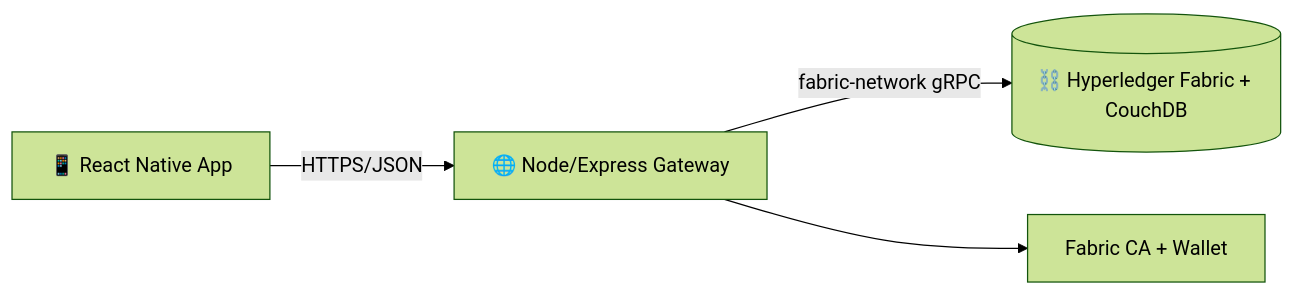
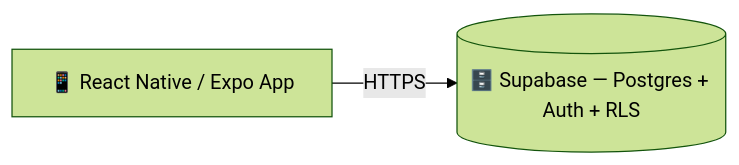
One commit to saqibutm/Agro-Chain-NRPU changed the first of 2 diagrams in README.md. Above: the diagram before and after it, drawn with Mermaid (forest theme). The commit also changed other lines of this file and 12 other files, not shown here.

````diff
--- a/README.md
+++ b/README.md
@@ -48,6 +48,4 @@
 ```mermaid
 flowchart LR
-    App[📱 React Native App] -->|HTTPS/JSON| GW[🌐 Node/Express Gateway]
-    GW -->|fabric-network gRPC| Fabric[(⛓️ Hyperledger Fabric + CouchDB)]
-    GW --> CA[Fabric CA + Wallet]
+    App[📱 React Native / Expo App] -->|HTTPS| SB[(🗄️ Supabase — Postgres + Auth + RLS)]
 ```
````
